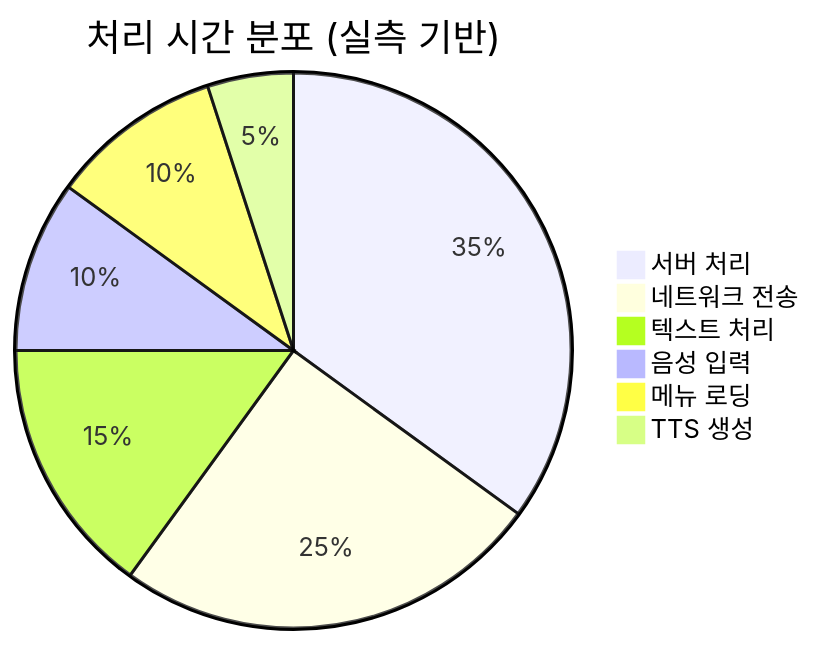
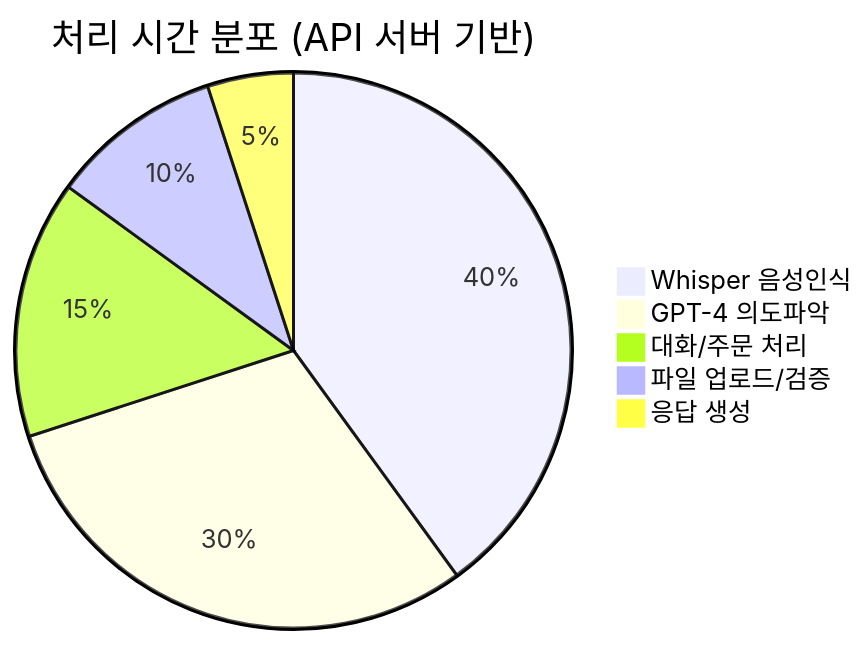
Before and after one commit to melpes/kiosk: the sixth of 7 diagrams in architecture_diagrams.md, drawn with Mermaid. The commit also changed other lines of this file, not shown here.

First line of the commit message:
Update architecture_diagrams.md

````diff
--- a/architecture_diagrams.md
+++ b/architecture_diagrams.md
@@ -219,9 +272,8 @@
 ```mermaid
-pie title 처리 시간 분포 (실측 기반)
-    "서버 처리" : 35
-    "네트워크 전송" : 25
-    "텍스트 처리" : 15
-    "음성 입력" : 10
-    "메뉴 로딩" : 10
-    "TTS 생성" : 5
+pie title 처리 시간 분포 (API 서버 기반)
+    "Whisper 음성인식" : 40
+    "GPT-4 의도파악" : 30
+    "대화/주문 처리" : 15
+    "파일 업로드/검증" : 10
+    "응답 생성" : 5
 ```
````
